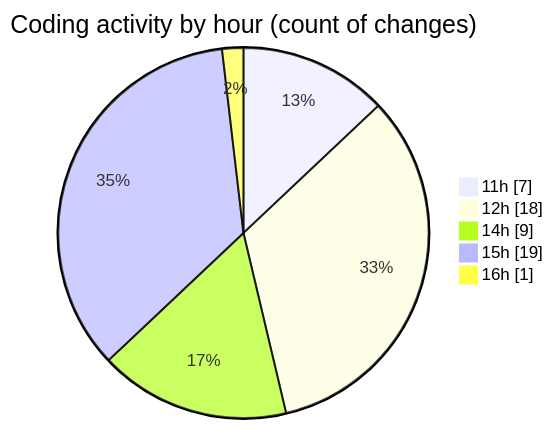
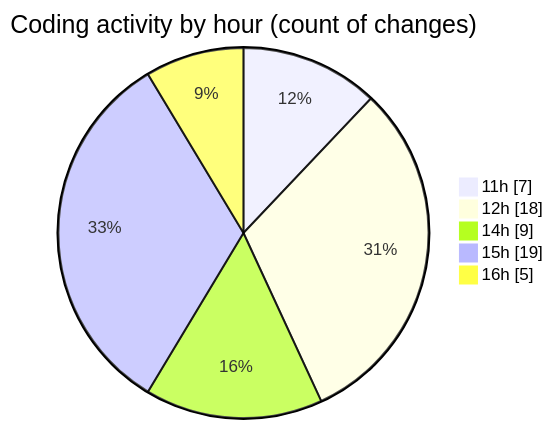
One commit to nxtqubesakshisongat/code-tracking changed the second of 2 diagrams in 2025-09-25/nxtqube_webapp/README.md. Above: the diagram before and after it, drawn with Mermaid. The commit also changed other lines of this file and 1 other file, not shown here.

````diff
--- a/2025-09-25/nxtqube_webapp/README.md
+++ b/2025-09-25/nxtqube_webapp/README.md
@@ -32,9 +32,9 @@
 ```mermaid
 pie showData
 title Coding activity by hour (count of changes)
 "11h" : 7
 "12h" : 18
 "14h" : 9
 "15h" : 19
-"16h" : 1
+"16h" : 5
 ```
````
